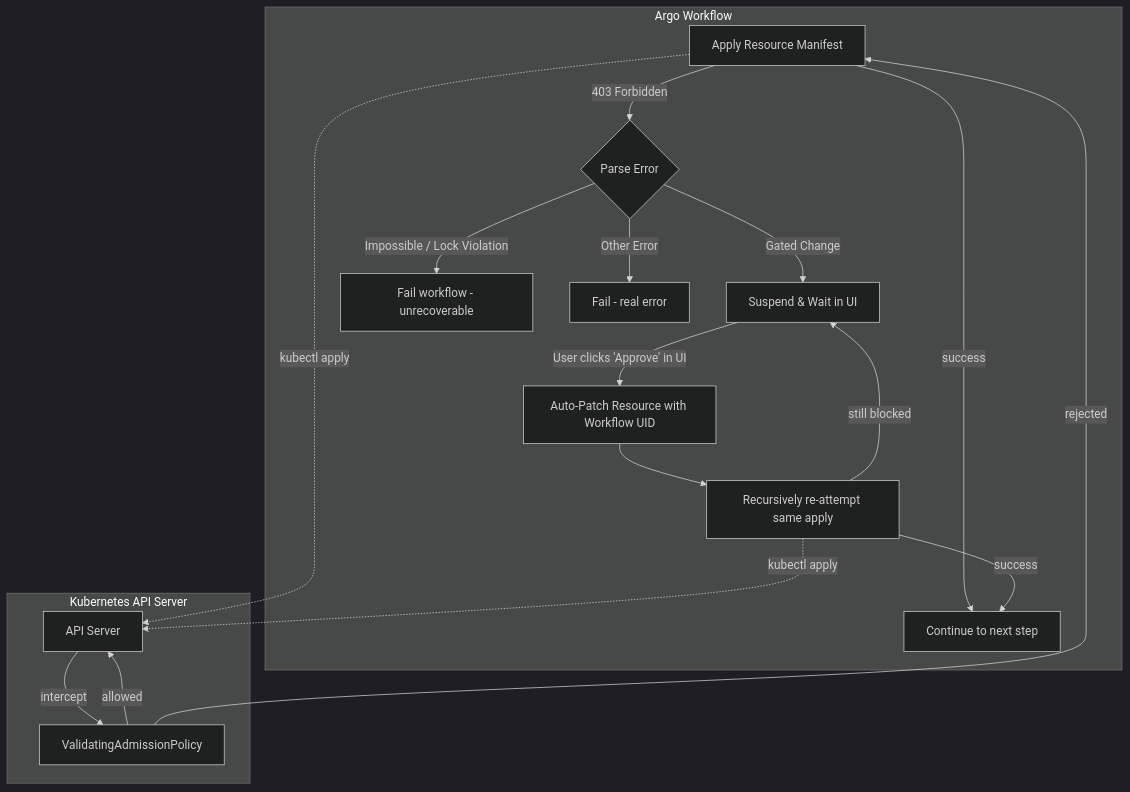
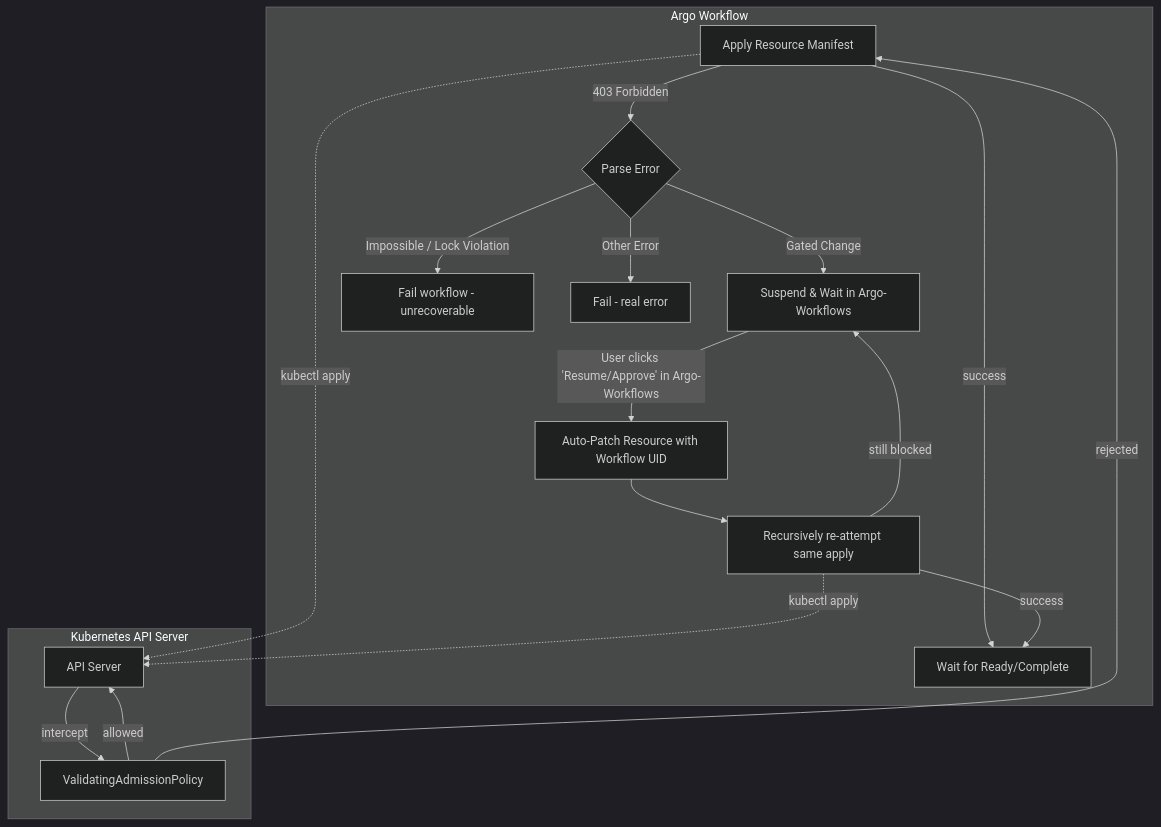
One commit to opensearch-project/opensearch-migrations changed the diagram in docs/reconfiguringWorkflowsNew.md. Above: the diagram before and after it, drawn with Mermaid (dark theme). The commit also changed other lines of this file and 2 other files, not shown here.

````diff
--- a/docs/reconfiguringWorkflowsNew.md
+++ b/docs/reconfiguringWorkflowsNew.md
@@ -31,27 +31,27 @@
 ```mermaid
 flowchart TB
     subgraph Workflow["Argo Workflow"]
-        A[Apply Resource Manifest] -->|success| B[Continue to next step]
+        A[Apply Resource Manifest] -->|success| B[Wait for Ready/Complete]
         A -->|403 Forbidden| C{Parse Error}
-        C -->|"Gated Change"| D[Suspend & Wait in UI]
+        C -->|"Gated Change"| D[Suspend & Wait in Argo-Workflows]
         C -->|"Impossible / Lock Violation"| E[Fail workflow - unrecoverable]
         C -->|"Other Error"| F[Fail - real error]
         
-        D -->|"User clicks 'Approve' in UI"| G[Auto-Patch Resource with Workflow UID]
+        D -->|"User clicks 'Resume/Approve' in Argo-Workflows"| G[Auto-Patch Resource with Workflow UID]
         G --> H[Recursively re-attempt same apply]
         H -->|success| B
         H -->|still blocked| D
     end
 
     subgraph K8s["Kubernetes API Server"]
         VAP[ValidatingAdmissionPolicy]
         API[API Server]
     end
 
     A -.->|kubectl apply| API
     H -.->|kubectl apply| API
     API -->|intercept| VAP
     VAP -->|allowed| API
     VAP -->|rejected| A
 
 ```
````
